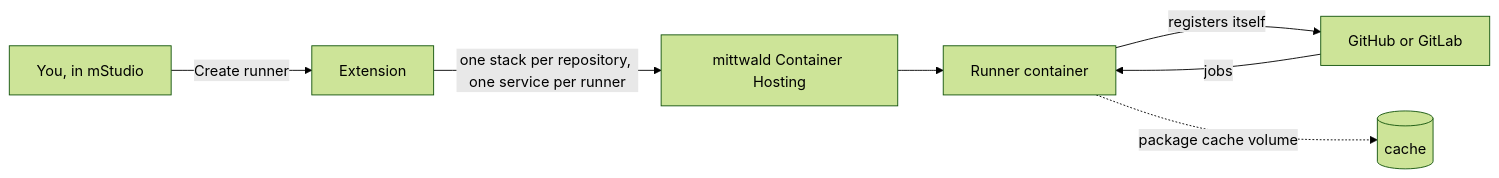
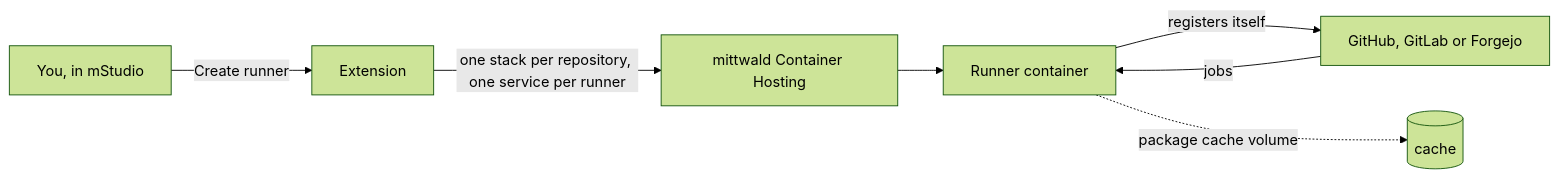
One commit to Hermsi1337/mstudio-ci-runner-extension changed the diagram in README.md. Above: the diagram before and after it, drawn with Mermaid (forest theme). The commit also changed other lines of this file and 50 other files, not shown here.

````diff
--- a/README.md
+++ b/README.md
@@ -39,9 +40,9 @@
 ```mermaid
 flowchart LR
     U[You, in mStudio] -->|Create runner| E[Extension]
     E -->|one stack per repository, one service per runner| M[mittwald Container Hosting]
     M --> C[Runner container]
-    C -->|registers itself| G[GitHub or GitLab]
+    C -->|registers itself| G[GitHub, GitLab or Forgejo]
     G -->|jobs| C
     C -.->|package cache volume| V[(cache)]
 ```
````
